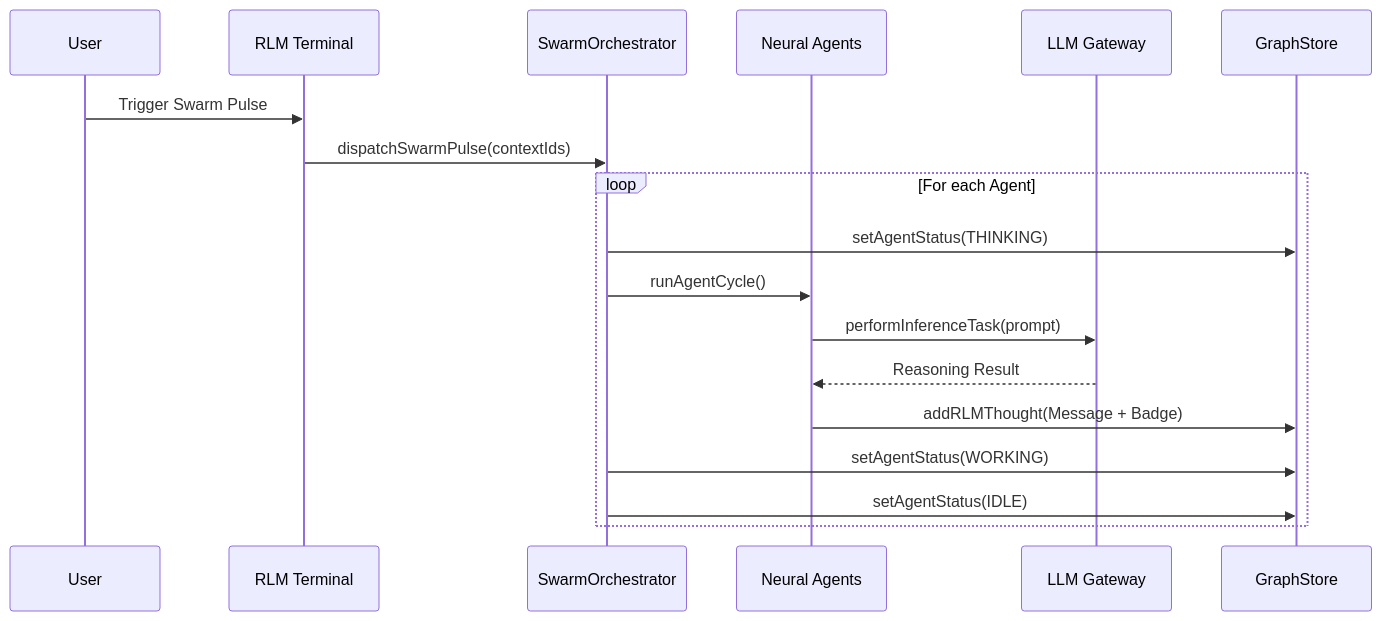
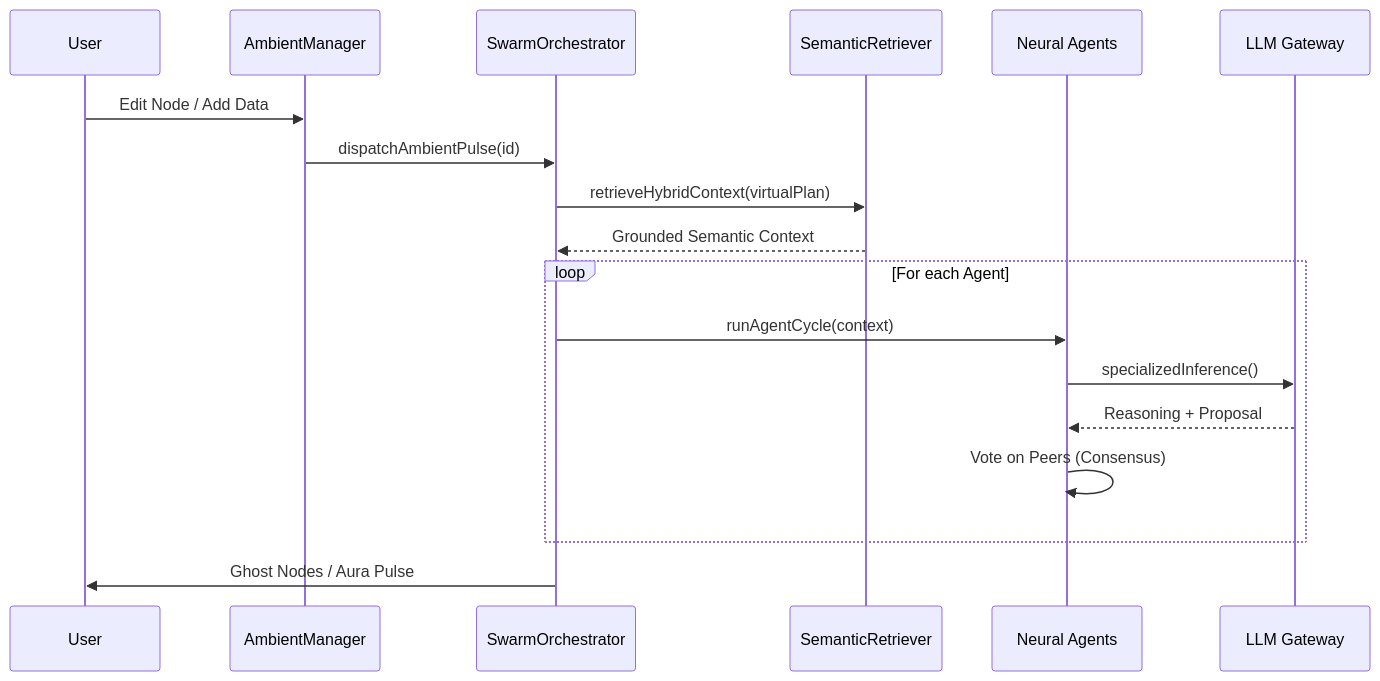
Before and after one commit to Jairogelpi/workflow_ai: the diagram in documentacion/SWARM_EVOLUTION_TECH_GDE.md, drawn with Mermaid. The commit also changed other lines of this file and 21 other files, not shown here.

````diff
--- a/documentacion/SWARM_EVOLUTION_TECH_GDE.md
+++ b/documentacion/SWARM_EVOLUTION_TECH_GDE.md
@@ -36,21 +43,21 @@
 ```mermaid
 sequenceDiagram
     participant User
-    participant UI as RLM Terminal
+    participant AM as AmbientManager
     participant SO as SwarmOrchestrator
+    participant SR as SemanticRetriever
     participant Agent as Neural Agents
     participant LLM as LLM Gateway
-    participant Store as GraphStore
 
-    User->>UI: Trigger Swarm Pulse
-    UI->>SO: dispatchSwarmPulse(contextIds)
+    User->>AM: Edit Node / Add Data
+    AM->>SO: dispatchAmbientPulse(id)
+    SO->>SR: retrieveHybridContext(virtualPlan)
+    SR-->>SO: Grounded Semantic Context
     loop For each Agent
-        SO->>Store: setAgentStatus(THINKING)
-        SO->>Agent: runAgentCycle()
-        Agent->>LLM: performInferenceTask(prompt)
-        LLM-->>Agent: Reasoning Result
-        Agent->>Store: addRLMThought(Message + Badge)
-        SO->>Store: setAgentStatus(WORKING)
-        SO->>Store: setAgentStatus(IDLE)
+        SO->>Agent: runAgentCycle(context)
+        Agent->>LLM: specializedInference()
+        LLM-->>Agent: Reasoning + Proposal
+        Agent->>Agent: Vote on Peers (Consensus)
     end
+    SO->>User: Ghost Nodes / Aura Pulse
 ```
````
